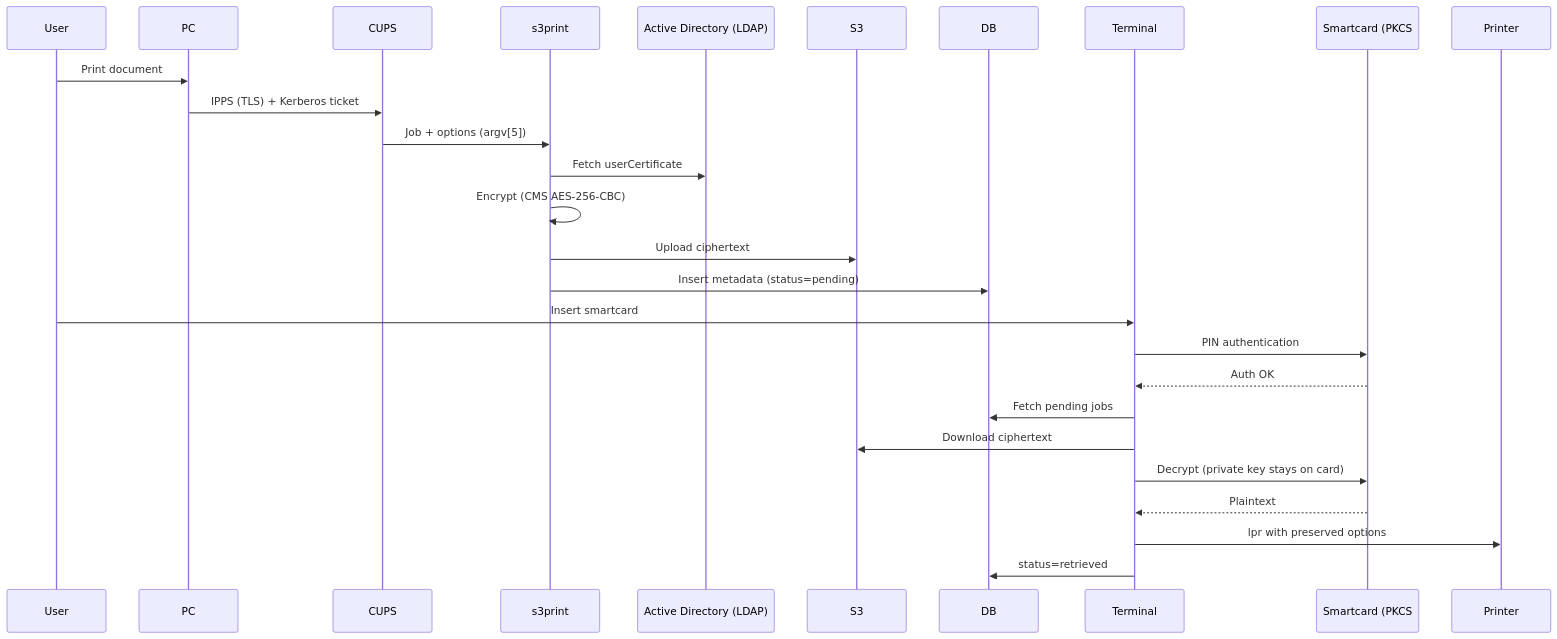
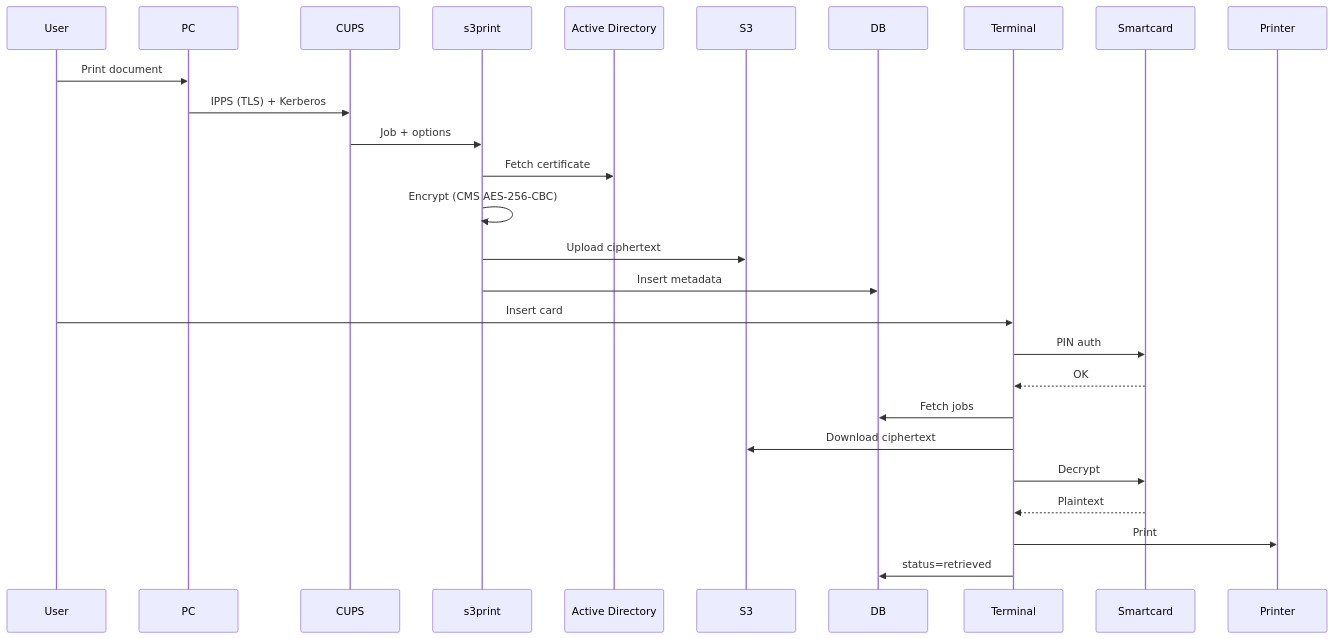
Before and after one commit to alun-hub/secure-print: the second of 2 diagrams in README.md, drawn with Mermaid. The commit also changed other lines of this file, not shown here.

First line of the commit message:
Enhance security model with diagrams and flow updates

````diff
--- a/README.md
+++ b/README.md
@@ -76,34 +121,34 @@
 ```mermaid
 sequenceDiagram
 
 participant User
 participant PC
 participant CUPS
 participant s3print
-participant AD as Active Directory (LDAP)
+participant AD as Active Directory
 participant S3
 participant DB
 participant Terminal
-participant Card as Smartcard (PKCS#11)
+participant Card as Smartcard
 participant Printer
 
 User->>PC: Print document
-PC->>CUPS: IPPS (TLS) + Kerberos ticket
-CUPS->>s3print: Job + options (argv[5])
+PC->>CUPS: IPPS (TLS) + Kerberos
+CUPS->>s3print: Job + options
 
-s3print->>AD: Fetch userCertificate
+s3print->>AD: Fetch certificate
 s3print->>s3print: Encrypt (CMS AES-256-CBC)
 s3print->>S3: Upload ciphertext
-s3print->>DB: Insert metadata (status=pending)
+s3print->>DB: Insert metadata
 
-User->>Terminal: Insert smartcard
-Terminal->>Card: PIN authentication
-Card-->>Terminal: Auth OK
+User->>Terminal: Insert card
+Terminal->>Card: PIN auth
+Card-->>Terminal: OK
 
-Terminal->>DB: Fetch pending jobs
+Terminal->>DB: Fetch jobs
 Terminal->>S3: Download ciphertext
-Terminal->>Card: Decrypt (private key stays on card)
+Terminal->>Card: Decrypt
 Card-->>Terminal: Plaintext
-Terminal->>Printer: lpr with preserved options
+Terminal->>Printer: Print
 Terminal->>DB: status=retrieved
 ```
````
